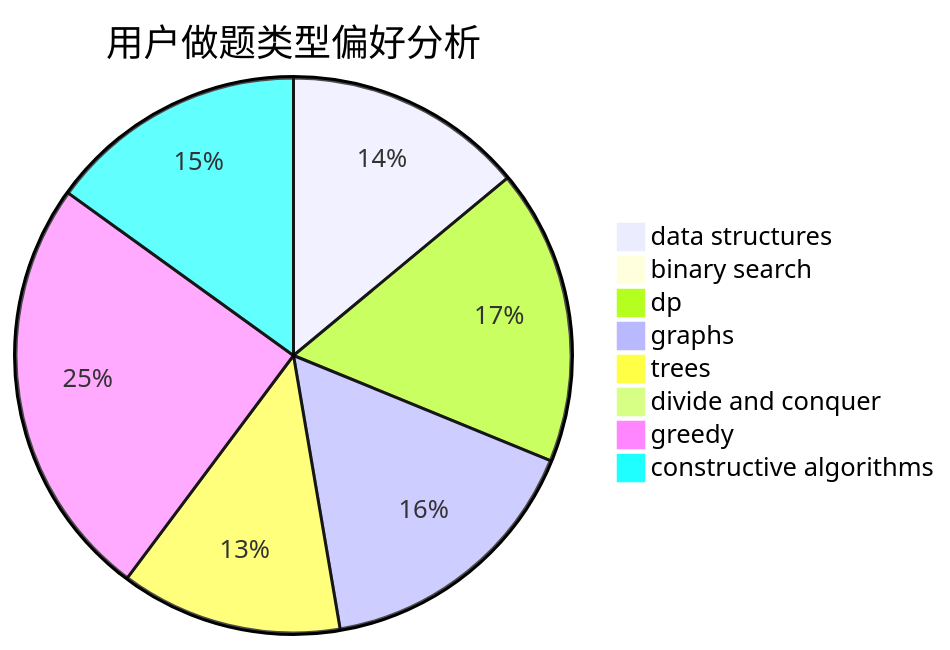
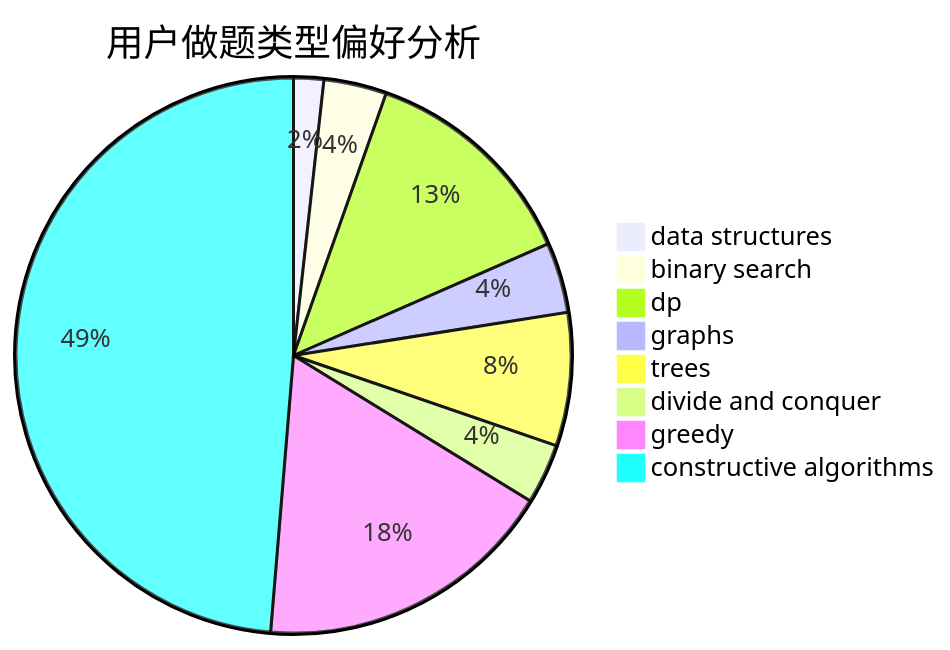
One commit to sherpahu/cfrs.github.io changed the second of 3 diagrams in docs/user/u1650.md. Above: the diagram before and after it, drawn with Mermaid. The commit also changed other lines of this file and 2770 other files, not shown here.

````diff
--- a/docs/user/u1650.md
+++ b/docs/user/u1650.md
@@ -23,11 +23,11 @@
 ```mermaid
 pie title 用户做题类型偏好分析
-    "data structures" :  13
-    "binary search" :  0
-    "dp" :  16
-    "graphs" :  15
-    "trees" :  12
-    "divide and conquer" :  0
-    "greedy" :  23
-    "constructive algorithms" :  14
+    "data structures" :  12
+    "binary search" :  25
+    "dp" :  89
+    "graphs" :  28
+    "trees" :  53
+    "divide and conquer" :  24
+    "greedy" :  120
+    "constructive algorithms" :  333
 ```
````
